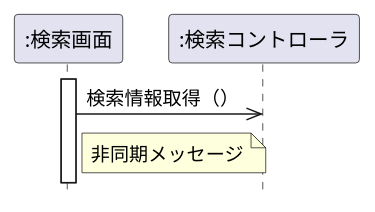
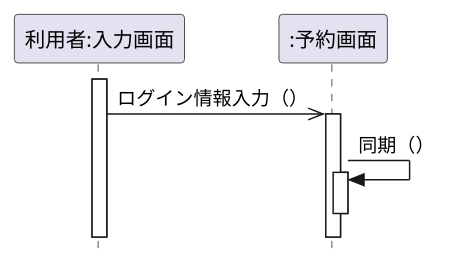
Before and after one commit to marute0215/uml-introduction: the diagram in 演習4-2_SD_利用者と予約画面.pu, drawn with PlantUML.

Commit message:
課題提出

```diff
--- a/演習4-2_SD_利用者と予約画面.pu
+++ b/演習4-2_SD_利用者と予約画面.pu
@@ -1,14 +1,15 @@
-@startuml 図4-4
+@startuml 
  hide footbox
 skinparam style strictuml /' 厳密なUMLに準拠する'/
-participant ":検索画面" as seach
-participant ":検索コントローラ" as control
+participant "利用者:入力画面" as gest
+participant ":予約画面" as ReservationScreen
 
-activate seach
-seach ->> control: 検索情報取得（）
-deactivate control
+activate gest
+gest ->> ReservationScreen: ログイン情報入力（）
 
-note right of seach : 非同期メッセージ
-
+activate ReservationScreen
+    ReservationScreen -> ReservationScreen: 同期（）
+    activate ReservationScreen
+deactivate ReservationScreen
 
 @enduml
```
